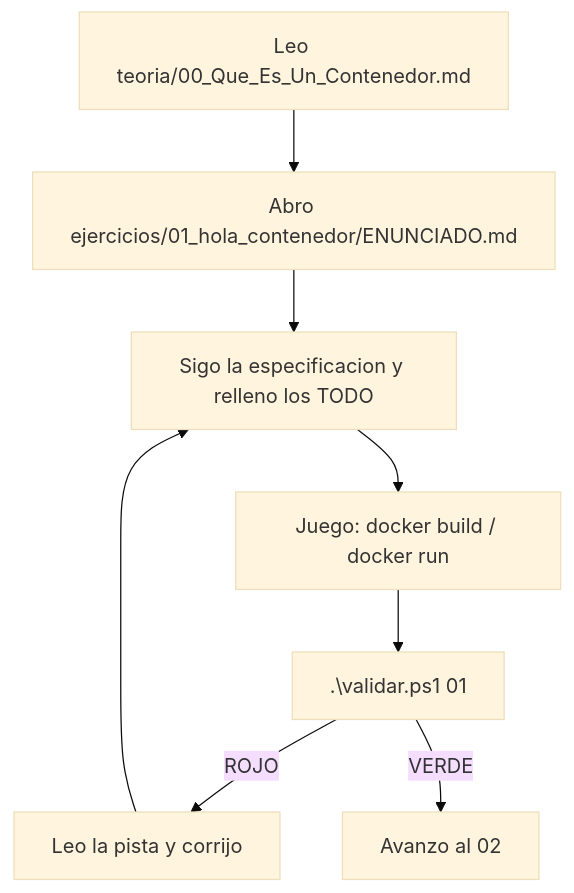
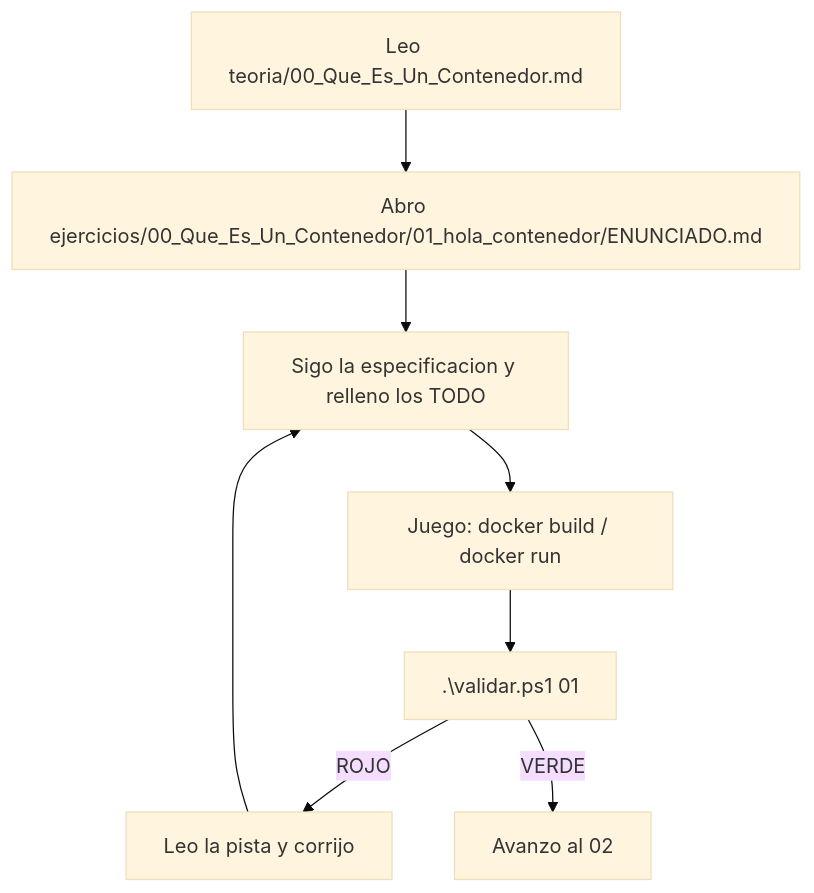
One commit to obiticadev/DAM-2025-26 changed the diagram in Programación/Aprendizaje autodidacta/10_DockerMasterclass/COMO_EMPEZAR.md. Above: the diagram before and after it, drawn with Mermaid (base theme). The commit also changed other lines of this file and 194 other files, not shown here.

````diff
--- a/Programación/Aprendizaje autodidacta/10_DockerMasterclass/COMO_EMPEZAR.md
+++ b/Programación/Aprendizaje autodidacta/10_DockerMasterclass/COMO_EMPEZAR.md
@@ -33,10 +33,10 @@
 ```mermaid
 flowchart TD
-    A[Leo teoria/00_Que_Es_Un_Contenedor.md] --> B[Abro ejercicios/01_hola_contenedor/ENUNCIADO.md]
+    A[Leo teoria/00_Que_Es_Un_Contenedor.md] --> B[Abro ejercicios/00_Que_Es_Un_Contenedor/01_hola_contenedor/ENUNCIADO.md]
     B --> C[Sigo la especificacion y relleno los TODO]
     C --> D["Juego: docker build / docker run"]
     D --> E[.\validar.ps1 01]
     E -->|ROJO| F[Leo la pista y corrijo]
     F --> C
     E -->|VERDE| G[Avanzo al 02]
 ```
````
